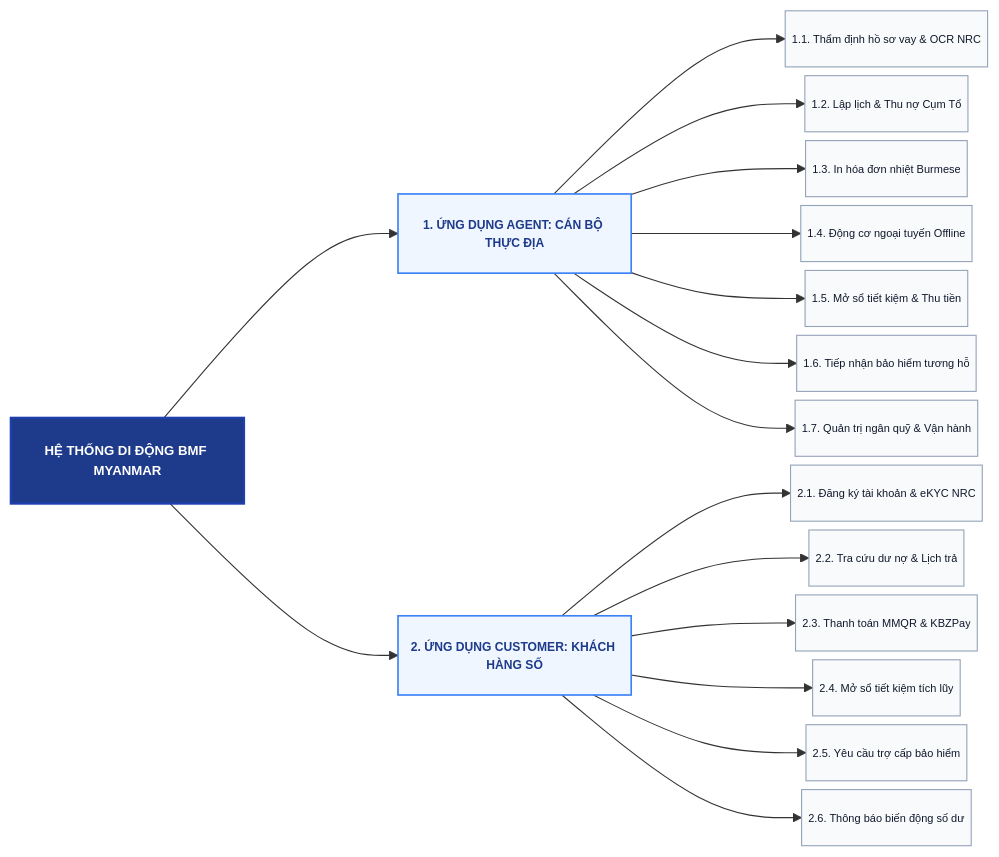
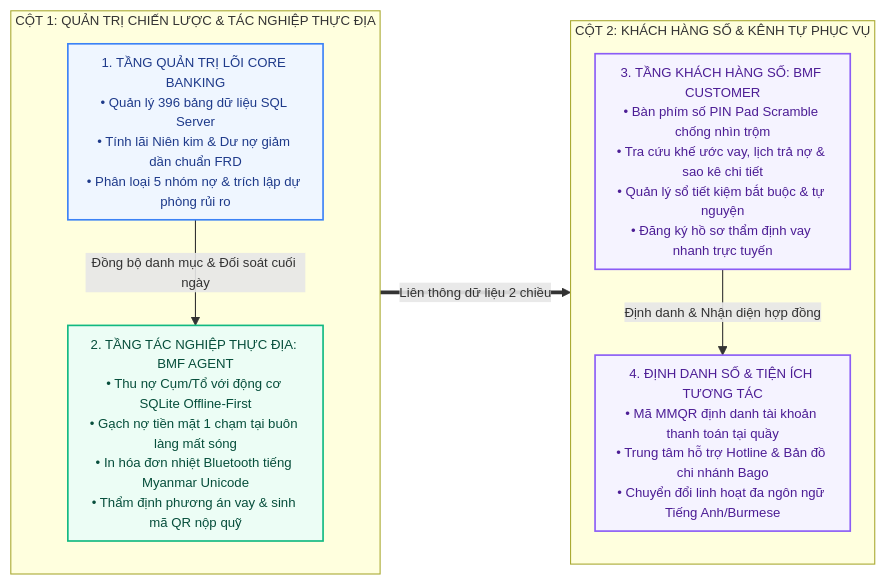
The first of 4 diagrams in docs/mobile_app_proposal.md (chapisoft/mifinace), drawn with Mermaid before and after one commit. The commit also changed other lines of this file and 660 other files, not shown here.

````diff
--- a/docs/mobile_app_proposal.md
+++ b/docs/mobile_app_proposal.md
@@ -62,30 +12,23 @@
 ```mermaid
-%%{init: {'flowchart': {'nodeSpacing': 8, 'rankSpacing': 140, 'padding': 3, 'curve': 'basis'}}}%%
+%%{init: {'flowchart': {'nodeSpacing': 12, 'rankSpacing': 35, 'padding': 8}, 'themeVariables': {'fontSize': '12px', 'fontFamily': 'Inter, Arial, sans-serif'}}}%%
 flowchart LR
-    ROOT["HỆ THỐNG DI ĐỘNG BMF MYANMAR"]:::cLevel0
+    subgraph S_CORE_FIELD ["CỘT 1: QUẢN TRỊ CHIẾN LƯỢC & TÁC NGHIỆP THỰC ĐỊA"]
+        direction TB
+        B_CORE["1. TẦNG QUẢN TRỊ LÕI CORE BANKING<br/>• Quản lý 396 bảng dữ liệu SQL Server<br/>• Tính lãi Niên kim & Dư nợ giảm dần chuẩn FRD<br/>• Phân loại 5 nhóm nợ & trích lập dự phòng rủi ro"]:::cCore
+        B_AGENT["2. TẦNG TÁC NGHIỆP THỰC ĐỊA: BMF AGENT<br/>• Thu nợ Cụm/Tổ với động cơ SQLite Offline-First<br/>• Gạch nợ tiền mặt 1 chạm tại buôn làng mất sóng<br/>• In hóa đơn nhiệt Bluetooth tiếng Myanmar Unicode<br/>• Thẩm định phương án vay & sinh mã QR nộp quỹ"]:::cAgent
+        B_CORE -->|"Đồng bộ danh mục & Đối soát cuối ngày"| B_AGENT
+    end
 
-    %% TẦNG 1: CÁC PHÂN HỆ CỐT LÕI (ĐỒNG BỘ ĐỘ DÀI KÝ TỰ ĐỂ CĂN DÓNG LỀ TRÁI)
-    ROOT --> MOD1["1. ỨNG DỤNG AGENT: CÁN BỘ THỰC ĐỊA "]:::cLevel1
-    ROOT --> MOD2["2. ỨNG DỤNG CUSTOMER: KHÁCH HÀNG SỐ"]:::cLevel1
+    subgraph S_CUSTOMER_SELF ["CỘT 2: KHÁCH HÀNG SỐ & KÊNH TỰ PHỤC VỤ"]
+        direction TB
+        B_CUST["3. TẦNG KHÁCH HÀNG SỐ: BMF CUSTOMER<br/>• Bàn phím số PIN Pad Scramble chống nhìn trộm<br/>• Tra cứu khế ước vay, lịch trả nợ & sao kê chi tiết<br/>• Quản lý sổ tiết kiệm bắt buộc & tự nguyện<br/>• Đăng ký hồ sơ thẩm định vay nhanh trực tuyến"]:::cCust
+        B_MMQR["4. ĐỊNH DANH SỐ & TIỆN ÍCH TƯƠNG TÁC<br/>• Mã MMQR định danh tài khoản thanh toán tại quầy<br/>• Trung tâm hỗ trợ Hotline & Bản đồ chi nhánh Bago<br/>• Chuyển đổi linh hoạt đa ngôn ngữ Tiếng Anh/Burmese"]:::cCust
+        B_CUST -->|"Định danh & Nhận diện hợp đồng"| B_MMQR
+    end
 
-    %% TẦNG 2: PHÂN RÃ CHỨC NĂNG CON ĐỘC LẬP
-    MOD1 --> A1["1.1. Thẩm định hồ sơ vay & OCR NRC"]:::cLevel2
-    MOD1 --> A2["1.2. Lập lịch & Thu nợ Cụm Tổ"]:::cLevel2
-    MOD1 --> A3["1.3. In hóa đơn nhiệt Burmese"]:::cLevel2
-    MOD1 --> A4["1.4. Động cơ ngoại tuyến Offline"]:::cLevel2
-    MOD1 --> A5["1.5. Mở sổ tiết kiệm & Thu tiền"]:::cLevel2
-    MOD1 --> A6["1.6. Tiếp nhận bảo hiểm tương hỗ"]:::cLevel2
-    MOD1 --> A7["1.7. Quản trị ngân quỹ & Vận hành"]:::cLevel2
+    S_CORE_FIELD ==>|"Liên thông dữ liệu 2 chiều"| S_CUSTOMER_SELF
 
-    MOD2 --> C1["2.1. Đăng ký tài khoản & eKYC NRC"]:::cLevel2
-    MOD2 --> C2["2.2. Tra cứu dư nợ & Lịch trả"]:::cLevel2
-    MOD2 --> C3["2.3. Thanh toán MMQR & KBZPay"]:::cLevel2
-    MOD2 --> C4["2.4. Mở sổ tiết kiệm tích lũy"]:::cLevel2
-    MOD2 --> C5["2.5. Yêu cầu trợ cấp bảo hiểm"]:::cLevel2
-    MOD2 --> C6["2.6. Thông báo biến động số dư"]:::cLevel2
-
-    %% KHAI BÁO CLASS STYLES
-    classDef cLevel0 fill:#1e3a8a,stroke:#1e40af,stroke-width:2px,color:#ffffff,font-size:12px,font-weight:bold,padding:6px 16px;
-    classDef cLevel1 fill:#eff6ff,stroke:#3b82f6,stroke-width:1.5px,color:#1e3a8a,font-size:11px,font-weight:bold,padding:5px 14px;
-    classDef cLevel2 fill:#f8fafc,stroke:#94a3b8,stroke-width:1px,color:#0f172a,font-size:10px,padding:4px 10px;
+    classDef cCore fill:#eff6ff,stroke:#3b82f6,stroke-width:1.5px,color:#1e3a8a;
+    classDef cAgent fill:#ecfdf5,stroke:#10b981,stroke-width:1.5px,color:#064e3b;
+    classDef cCust fill:#f5f3ff,stroke:#8b5cf6,stroke-width:1.5px,color:#4c1d95;
 ```
````
